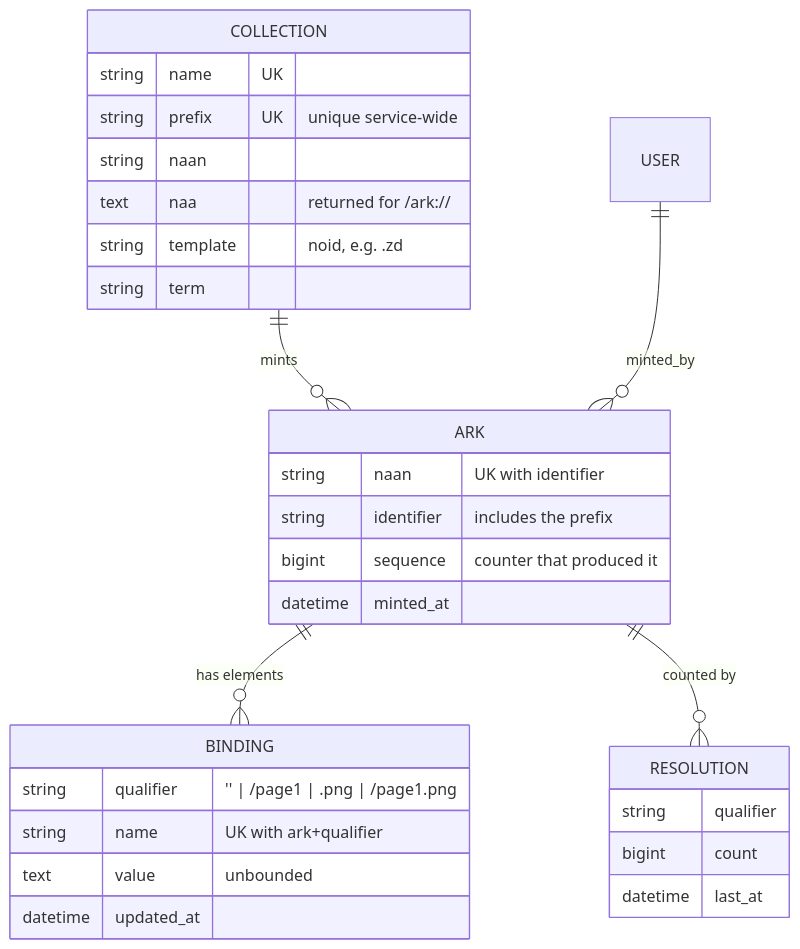
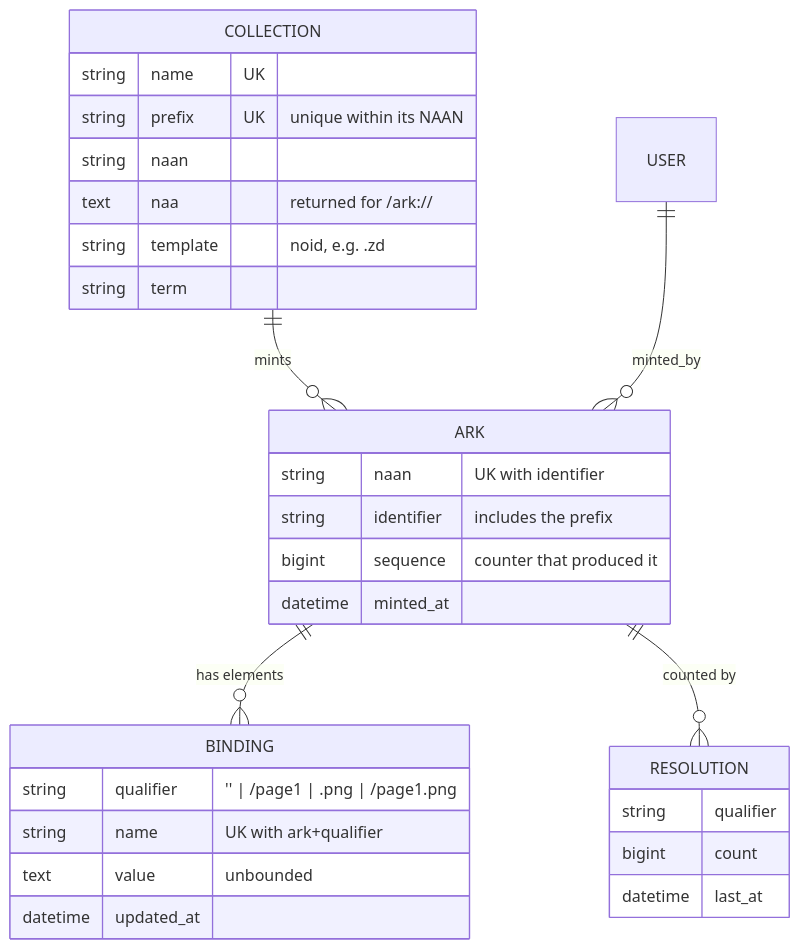
One commit to digitalutsc/arks-service changed the fifth of 11 diagrams in README_EXTENDED.md. Above: the diagram before and after it, drawn with Mermaid. The commit also changed other lines of this file and 13 other files, not shown here.

````diff
--- a/README_EXTENDED.md
+++ b/README_EXTENDED.md
@@ -197,33 +198,33 @@
 ```mermaid
 erDiagram
     COLLECTION ||--o{ ARK : mints
     ARK ||--o{ BINDING : "has elements"
     ARK ||--o{ RESOLUTION : "counted by"
     USER ||--o{ ARK : minted_by
 
     COLLECTION {
         string name UK
-        string prefix UK "unique service-wide"
+        string prefix UK "unique within its NAAN"
         string naan
         text   naa "returned for /ark:/<naan>/"
         string template "noid, e.g. .zd"
         string term
     }
     ARK {
         string naan "UK with identifier"
         string identifier "includes the prefix"
         bigint sequence "counter that produced it"
         datetime minted_at
     }
     BINDING {
         string qualifier "'' | /page1 | .png | /page1.png"
         string name "UK with ark+qualifier"
         text   value "unbounded"
         datetime updated_at
     }
     RESOLUTION {
         string qualifier
         bigint count
         datetime last_at
     }
 ```
````
